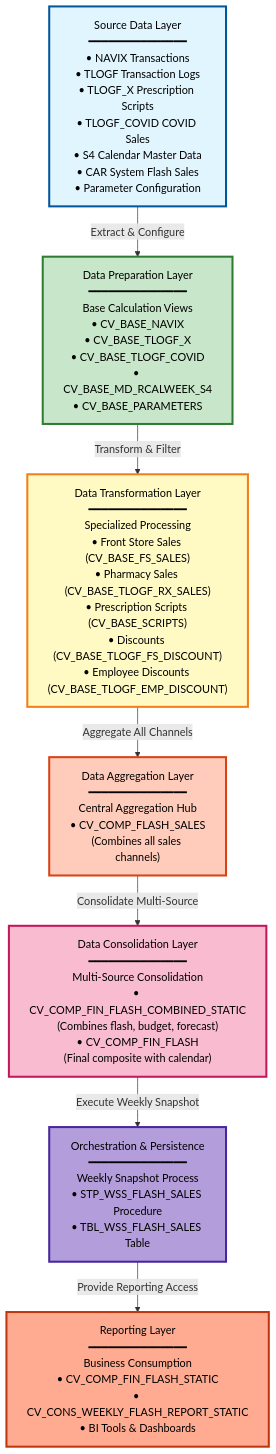
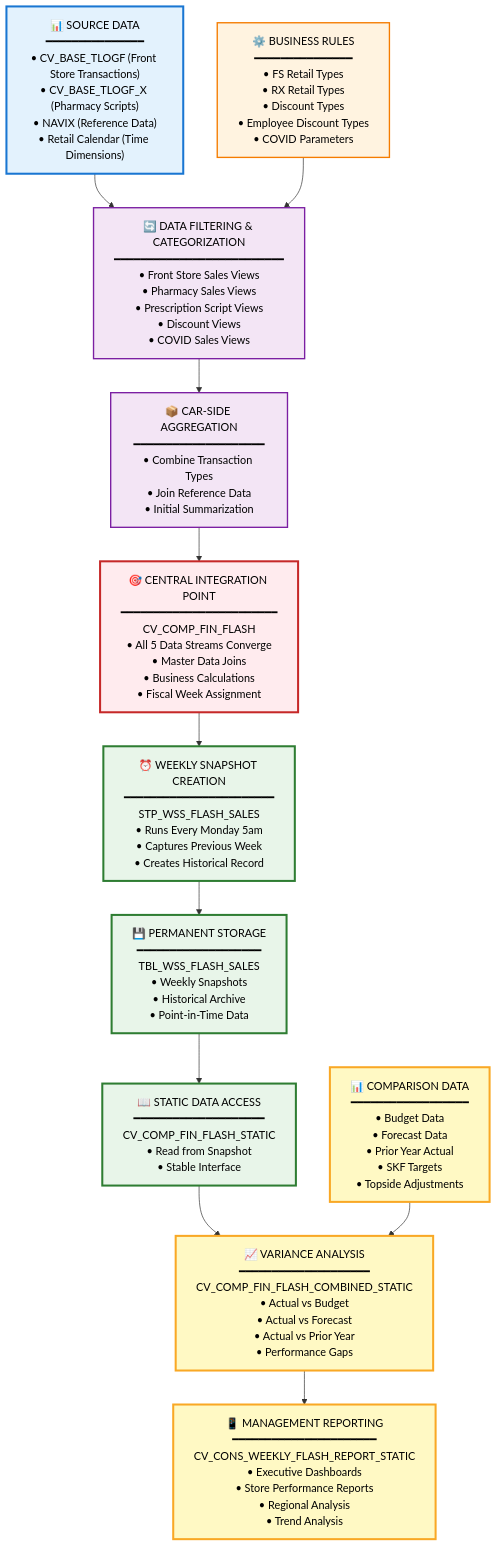
Before and after one commit to ELANSURIYAA/HANA-TO-BIGQUERY: the diagram in Agent Outputs For 24 Files/DI HANA LINEAGE SUMMARY/DI_HANA_LINEAGE_SUMMARY.md, drawn with Mermaid. The commit also changed other lines of this file, not shown here.

````diff
--- a/Agent Outputs For 24 Files/DI HANA LINEAGE SUMMARY/DI_HANA_LINEAGE_SUMMARY.md
+++ b/Agent Outputs For 24 Files/DI HANA LINEAGE SUMMARY/DI_HANA_LINEAGE_SUMMARY.md
@@ -1062,48 +877,62 @@
 ```mermaid
 flowchart TD
     %% Source Layer
-    A["Source Data Layer<br/>━━━━━━━━━━━━━━━<br/>• NAVIX Transactions<br/>• TLOGF Transaction Logs<br/>• TLOGF_X Prescription Scripts<br/>• TLOGF_COVID COVID Sales<br/>• S4 Calendar Master Data<br/>• CAR System Flash Sales<br/>• Parameter Configuration"]
+    SOURCE_DATA["📊 SOURCE DATA<br/>━━━━━━━━━━━━━━━<br/>• CV_BASE_TLOGF (Front Store Transactions)<br/>• CV_BASE_TLOGF_X (Pharmacy Scripts)<br/>• NAVIX (Reference Data)<br/>• Retail Calendar (Time Dimensions)"]
     
-    %% Base Layer
-    B["Data Preparation Layer<br/>━━━━━━━━━━━━━━━<br/>Base Calculation Views<br/>• CV_BASE_NAVIX<br/>• CV_BASE_TLOGF_X<br/>• CV_BASE_TLOGF_COVID<br/>• CV_BASE_MD_RCALWEEK_S4<br/>• CV_BASE_PARAMETERS"]
+    %% Parameter Layer
+    PARAMETERS["⚙️ BUSINESS RULES<br/>━━━━━━━━━━━━━━━<br/>• FS Retail Types<br/>• RX Retail Types<br/>• Discount Types<br/>• Employee Discount Types<br/>• COVID Parameters"]
     
-    %% Transformation Layer
-    C["Data Transformation Layer<br/>━━━━━━━━━━━━━━━<br/>Specialized Processing<br/>• Front Store Sales (CV_BASE_FS_SALES)<br/>• Pharmacy Sales (CV_BASE_TLOGF_RX_SALES)<br/>• Prescription Scripts (CV_BASE_SCRIPTS)<br/>• Discounts (CV_BASE_TLOGF_FS_DISCOUNT)<br/>• Employee Discounts (CV_BASE_TLOGF_EMP_DISCOUNT)"]
+    %% Base Processing Layer
+    BASE_PROCESSING["🔄 DATA FILTERING & CATEGORIZATION<br/>━━━━━━━━━━━━━━━━━━━━━━━━━━<br/>• Front Store Sales Views<br/>• Pharmacy Sales Views<br/>• Prescription Script Views<br/>• Discount Views<br/>• COVID Sales Views"]
     
-    %% Aggregation Layer
-    D["Data Aggregation Layer<br/>━━━━━━━━━━━━━━━<br/>Central Aggregation Hub<br/>• CV_COMP_FLASH_SALES<br/>(Combines all sales channels)"]
+    %% CAR Aggregation
+    CAR_AGGREGATION["📦 CAR-SIDE AGGREGATION<br/>━━━━━━━━━━━━━━━━━━━━<br/>• Combine Transaction Types<br/>• Join Reference Data<br/>• Initial Summarization"]
     
-    %% Consolidation Layer
-    E["Data Consolidation Layer<br/>━━━━━━━━━━━━━━━<br/>Multi-Source Consolidation<br/>• CV_COMP_FIN_FLASH_COMBINED_STATIC<br/>(Combines flash, budget, forecast)<br/>• CV_COMP_FIN_FLASH<br/>(Final composite with calendar)"]
+    %% FIRP Integration
+    FIRP_INTEGRATION["🎯 CENTRAL INTEGRATION POINT<br/>━━━━━━━━━━━━━━━━━━━━━━━━<br/>CV_COMP_FIN_FLASH<br/>• All 5 Data Streams Converge<br/>• Master Data Joins<br/>• Business Calculations<br/>• Fiscal Week Assignment"]
     
-    %% Orchestration Layer
-    F["Orchestration & Persistence<br/>━━━━━━━━━━━━━━━<br/>Weekly Snapshot Process<br/>• STP_WSS_FLASH_SALES Procedure<br/>• TBL_WSS_FLASH_SALES Table"]
+    %% Snapshot Creation
+    SNAPSHOT_PROCEDURE["⏰ WEEKLY SNAPSHOT CREATION<br/>━━━━━━━━━━━━━━━━━━━━━━━<br/>STP_WSS_FLASH_SALES<br/>• Runs Every Monday 5am<br/>• Captures Previous Week<br/>• Creates Historical Record"]
     
-    %% Reporting Layer
-    G["Reporting Layer<br/>━━━━━━━━━━━━━━━<br/>Business Consumption<br/>• CV_COMP_FIN_FLASH_STATIC<br/>• CV_CONS_WEEKLY_FLASH_REPORT_STATIC<br/>• BI Tools & Dashboards"]
+    %% Physical Storage
+    SNAPSHOT_TABLE["💾 PERMANENT STORAGE<br/>━━━━━━━━━━━━━━━━━━━<br/>TBL_WSS_FLASH_SALES<br/>• Weekly Snapshots<br/>• Historical Archive<br/>• Point-in-Time Data"]
     
-    %% Flow
-    A -->|"Extract & Configure"| B
-    B -->|"Transform & Filter"| C
-    C -->|"Aggregate All Channels"| D
-    D -->|"Consolidate Multi-Source"| E
-    E -->|"Execute Weekly Snapshot"| F
-    F -->|"Provide Reporting Access"| G
+    %% Static Reading
+    STATIC_VIEW["📖 STATIC DATA ACCESS<br/>━━━━━━━━━━━━━━━━━━━━<br/>CV_COMP_FIN_FLASH_STATIC<br/>• Read from Snapshot<br/>• Stable Interface"]
+    
+    %% Comparison Data
+    COMPARISON_DATA["📊 COMPARISON DATA<br/>━━━━━━━━━━━━━━━━━━<br/>• Budget Data<br/>• Forecast Data<br/>• Prior Year Actual<br/>• SKF Targets<br/>• Topside Adjustments"]
+    
+    %% Variance Analysis
+    VARIANCE_ANALYSIS["📈 VARIANCE ANALYSIS<br/>━━━━━━━━━━━━━━━━━━━━<br/>CV_COMP_FIN_FLASH_COMBINED_STATIC<br/>• Actual vs Budget<br/>• Actual vs Forecast<br/>• Actual vs Prior Year<br/>• Performance Gaps"]
+    
+    %% Final Reporting
+    FINAL_REPORTING["📱 MANAGEMENT REPORTING<br/>━━━━━━━━━━━━━━━━━━━━━━<br/>CV_CONS_WEEKLY_FLASH_REPORT_STATIC<br/>• Executive Dashboards<br/>• Store Performance Reports<br/>• Regional Analysis<br/>• Trend Analysis"]
+    
+    %% Data Flow
+    SOURCE_DATA --> BASE_PROCESSING
+    PARAMETERS --> BASE_PROCESSING
+    BASE_PROCESSING --> CAR_AGGREGATION
+    CAR_AGGREGATION --> FIRP_INTEGRATION
+    FIRP_INTEGRATION --> SNAPSHOT_PROCEDURE
+    SNAPSHOT_PROCEDURE --> SNAPSHOT_TABLE
+    SNAPSHOT_TABLE --> STATIC_VIEW
+    STATIC_VIEW --> VARIANCE_ANALYSIS
+    COMPARISON_DATA --> VARIANCE_ANALYSIS
+    VARIANCE_ANALYSIS --> FINAL_REPORTING
     
     %% Styling
-    classDef sourceStyle fill:#e1f5ff,stroke:#01579b,stroke-width:3px,color:#000
-    classDef baseStyle fill:#c8e6c9,stroke:#2e7d32,stroke-width:3px,color:#000
-    classDef transformStyle fill:#fff9c4,stroke:#f57f17,stroke-width:3px,color:#000
-    classDef aggStyle fill:#ffccbc,stroke:#d84315,stroke-width:3px,color:#000
-    classDef consStyle fill:#f8bbd0,stroke:#c2185b,stroke-width:3px,color:#000
-    classDef orchStyle fill:#b39ddb,stroke:#4527a0,stroke-width:3px,color:#000
-    classDef reportStyle fill:#ffab91,stroke:#bf360c,stroke-width:3px,color:#000
+    classDef sourceStyle fill:#e3f2fd,stroke:#1976d2,stroke-width:3px,color:#000
+    classDef paramStyle fill:#fff3e0,stroke:#f57c00,stroke-width:2px,color:#000
+    classDef processStyle fill:#f3e5f5,stroke:#7b1fa2,stroke-width:2px,color:#000
+    classDef integrationStyle fill:#ffebee,stroke:#c62828,stroke-width:3px,color:#000
+    classDef storageStyle fill:#e8f5e9,stroke:#2e7d32,stroke-width:3px,color:#000
+    classDef reportStyle fill:#fff9c4,stroke:#f9a825,stroke-width:3px,color:#000
     
-    class A sourceStyle
-    class B baseStyle
-    class C transformStyle
-    class D aggStyle
-    class E consStyle
-    class F orchStyle
-    class G reportStyle
+    class SOURCE_DATA sourceStyle
+    class PARAMETERS paramStyle
+    class BASE_PROCESSING,CAR_AGGREGATION processStyle
+    class FIRP_INTEGRATION integrationStyle
+    class SNAPSHOT_PROCEDURE,SNAPSHOT_TABLE,STATIC_VIEW storageStyle
+    class COMPARISON_DATA,VARIANCE_ANALYSIS,FINAL_REPORTING reportStyle
 ```
````
